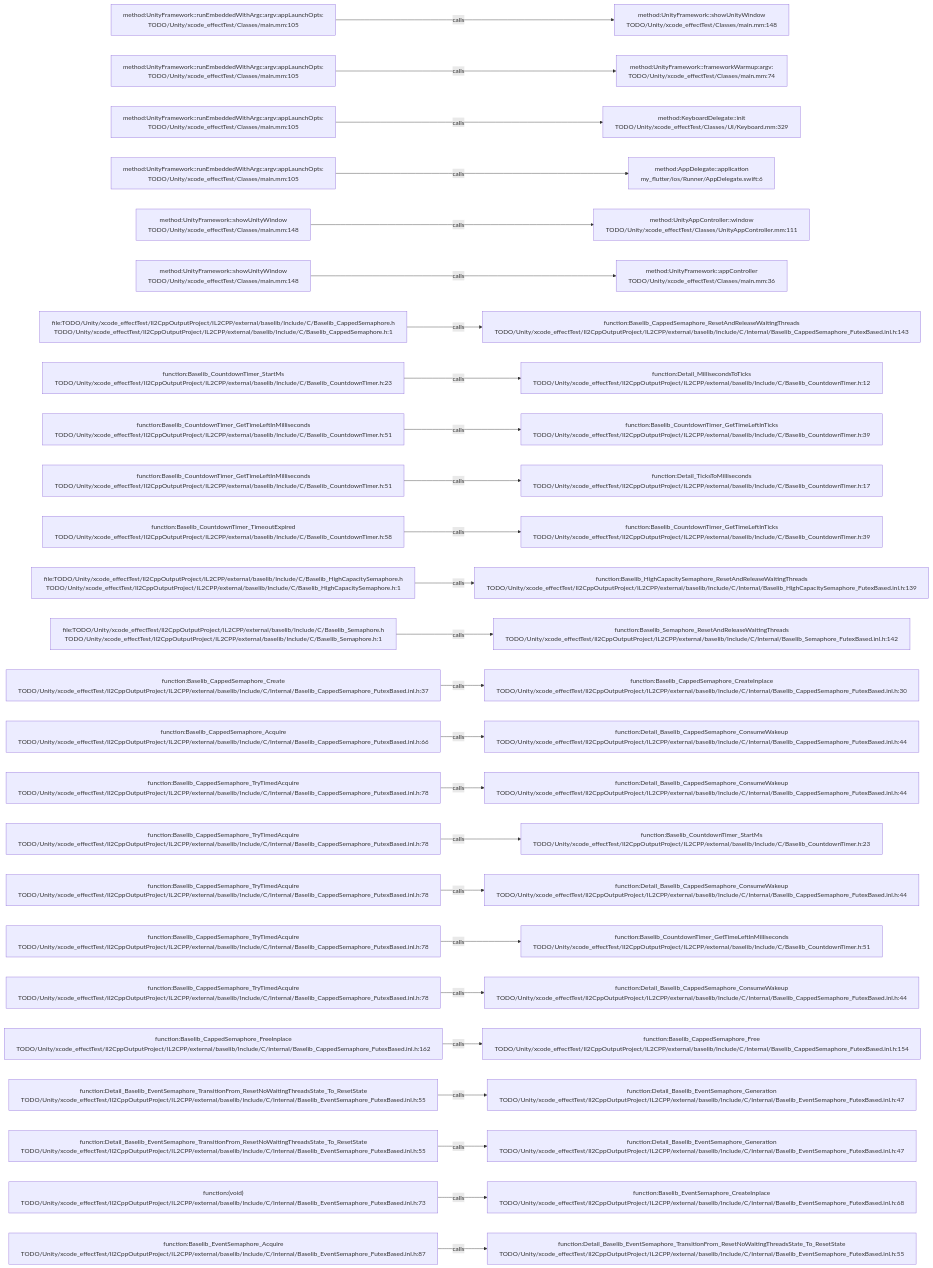
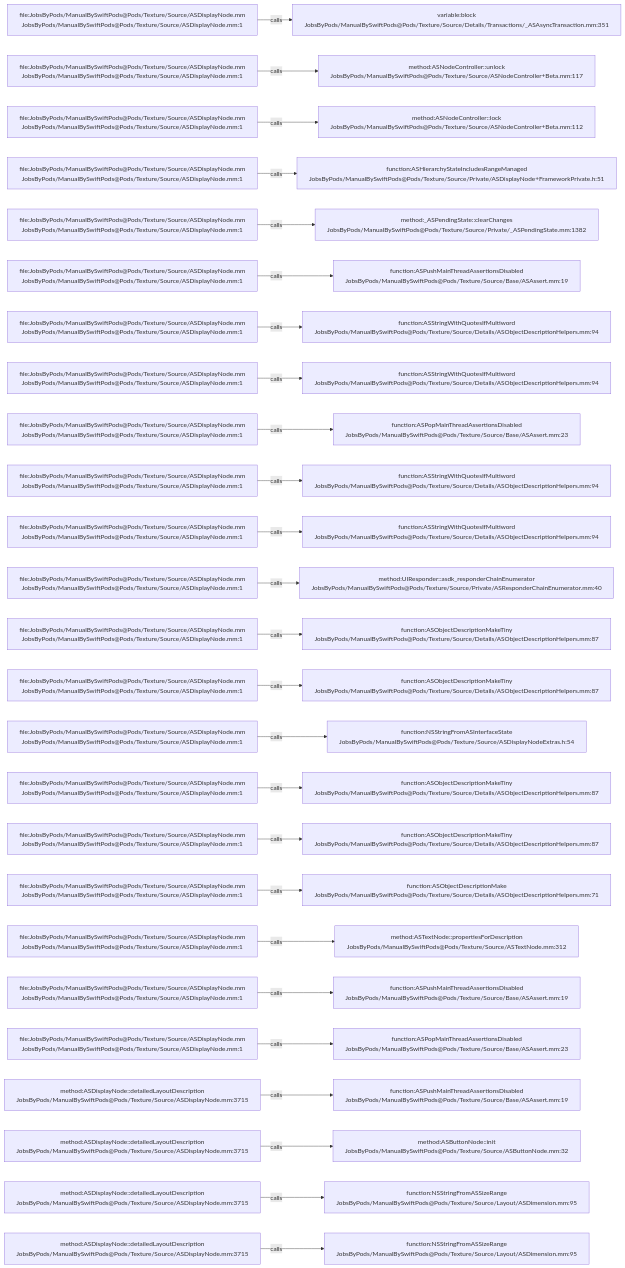
One commit to JobsKits/JobsSwiftBaseConfigDemo changed the diagram in .codegraph/codegraph.md/graphs/calls-055.md. Above: the diagram before and after it, drawn with Mermaid. The commit also changed 2959 other files, not shown here.

````diff
--- a/.codegraph/codegraph.md/graphs/calls-055.md
+++ b/.codegraph/codegraph.md/graphs/calls-055.md
@@ -13,78 +13,78 @@
 ```mermaid
 flowchart LR
-  S1["method:UnityFramework::runEmbeddedWithArgc:argv:appLaunchOpts:<br/>TODO/Unity/xcode_effectTest/Classes/main.mm:105"]
-  T1["method:UnityFramework::showUnityWindow<br/>TODO/Unity/xcode_effectTest/Classes/main.mm:148"]
+  S1["file:JobsByPods/ManualBySwiftPods@Pods/Texture/Source/ASDisplayNode.mm<br/>JobsByPods/ManualBySwiftPods@Pods/Texture/Source/ASDisplayNode.mm:1"]
+  T1["variable:block<br/>JobsByPods/ManualBySwiftPods@Pods/Texture/Source/Details/Transactions/_ASAsyncTransaction.mm:351"]
   S1 -->|calls| T1
-  S2["method:UnityFramework::runEmbeddedWithArgc:argv:appLaunchOpts:<br/>TODO/Unity/xcode_effectTest/Classes/main.mm:105"]
-  T2["method:UnityFramework::frameworkWarmup:argv:<br/>TODO/Unity/xcode_effectTest/Classes/main.mm:74"]
+  S2["file:JobsByPods/ManualBySwiftPods@Pods/Texture/Source/ASDisplayNode.mm<br/>JobsByPods/ManualBySwiftPods@Pods/Texture/Source/ASDisplayNode.mm:1"]
+  T2["method:ASNodeController::unlock<br/>JobsByPods/ManualBySwiftPods@Pods/Texture/Source/ASNodeController+Beta.mm:117"]
   S2 -->|calls| T2
-  S3["method:UnityFramework::runEmbeddedWithArgc:argv:appLaunchOpts:<br/>TODO/Unity/xcode_effectTest/Classes/main.mm:105"]
-  T3["method:KeyboardDelegate::init<br/>TODO/Unity/xcode_effectTest/Classes/UI/Keyboard.mm:329"]
+  S3["file:JobsByPods/ManualBySwiftPods@Pods/Texture/Source/ASDisplayNode.mm<br/>JobsByPods/ManualBySwiftPods@Pods/Texture/Source/ASDisplayNode.mm:1"]
+  T3["method:ASNodeController::lock<br/>JobsByPods/ManualBySwiftPods@Pods/Texture/Source/ASNodeController+Beta.mm:112"]
   S3 -->|calls| T3
-  S4["method:UnityFramework::runEmbeddedWithArgc:argv:appLaunchOpts:<br/>TODO/Unity/xcode_effectTest/Classes/main.mm:105"]
-  T4["method:AppDelegate::application<br/>my_flutter/ios/Runner/AppDelegate.swift:6"]
+  S4["file:JobsByPods/ManualBySwiftPods@Pods/Texture/Source/ASDisplayNode.mm<br/>JobsByPods/ManualBySwiftPods@Pods/Texture/Source/ASDisplayNode.mm:1"]
+  T4["function:ASHierarchyStateIncludesRangeManaged<br/>JobsByPods/ManualBySwiftPods@Pods/Texture/Source/Private/ASDisplayNode+FrameworkPrivate.h:51"]
   S4 -->|calls| T4
-  S5["method:UnityFramework::showUnityWindow<br/>TODO/Unity/xcode_effectTest/Classes/main.mm:148"]
-  T5["method:UnityAppController::window<br/>TODO/Unity/xcode_effectTest/Classes/UnityAppController.mm:111"]
+  S5["file:JobsByPods/ManualBySwiftPods@Pods/Texture/Source/ASDisplayNode.mm<br/>JobsByPods/ManualBySwiftPods@Pods/Texture/Source/ASDisplayNode.mm:1"]
+  T5["method:_ASPendingState::clearChanges<br/>JobsByPods/ManualBySwiftPods@Pods/Texture/Source/Private/_ASPendingState.mm:1382"]
   S5 -->|calls| T5
-  S6["method:UnityFramework::showUnityWindow<br/>TODO/Unity/xcode_effectTest/Classes/main.mm:148"]
-  T6["method:UnityFramework::appController<br/>TODO/Unity/xcode_effectTest/Classes/main.mm:36"]
+  S6["file:JobsByPods/ManualBySwiftPods@Pods/Texture/Source/ASDisplayNode.mm<br/>JobsByPods/ManualBySwiftPods@Pods/Texture/Source/ASDisplayNode.mm:1"]
+  T6["function:ASPushMainThreadAssertionsDisabled<br/>JobsByPods/ManualBySwiftPods@Pods/Texture/Source/Base/ASAssert.mm:19"]
   S6 -->|calls| T6
-  S7["file:TODO/Unity/xcode_effectTest/Il2CppOutputProject/IL2CPP/external/baselib/Include/C/Baselib_CappedSemaphore.h<br/>TODO/Unity/xcode_effectTest/Il2CppOutputProject/IL2CPP/external/baselib/Include/C/Baselib_CappedSemaphore.h:1"]
-  T7["function:Baselib_CappedSemaphore_ResetAndReleaseWaitingThreads<br/>TODO/Unity/xcode_effectTest/Il2CppOutputProject/IL2CPP/external/baselib/Include/C/Internal/Baselib_CappedSemaphore_FutexBased.inl.h:143"]
+  S7["file:JobsByPods/ManualBySwiftPods@Pods/Texture/Source/ASDisplayNode.mm<br/>JobsByPods/ManualBySwiftPods@Pods/Texture/Source/ASDisplayNode.mm:1"]
+  T7["function:ASStringWithQuotesIfMultiword<br/>JobsByPods/ManualBySwiftPods@Pods/Texture/Source/Details/ASObjectDescriptionHelpers.mm:94"]
   S7 -->|calls| T7
-  S8["function:Baselib_CountdownTimer_StartMs<br/>TODO/Unity/xcode_effectTest/Il2CppOutputProject/IL2CPP/external/baselib/Include/C/Baselib_CountdownTimer.h:23"]
-  T8["function:Detail_MillisecondsToTicks<br/>TODO/Unity/xcode_effectTest/Il2CppOutputProject/IL2CPP/external/baselib/Include/C/Baselib_CountdownTimer.h:12"]
+  S8["file:JobsByPods/ManualBySwiftPods@Pods/Texture/Source/ASDisplayNode.mm<br/>JobsByPods/ManualBySwiftPods@Pods/Texture/Source/ASDisplayNode.mm:1"]
+  T8["function:ASStringWithQuotesIfMultiword<br/>JobsByPods/ManualBySwiftPods@Pods/Texture/Source/Details/ASObjectDescriptionHelpers.mm:94"]
   S8 -->|calls| T8
-  S9["function:Baselib_CountdownTimer_GetTimeLeftInMilliseconds<br/>TODO/Unity/xcode_effectTest/Il2CppOutputProject/IL2CPP/external/baselib/Include/C/Baselib_CountdownTimer.h:51"]
-  T9["function:Baselib_CountdownTimer_GetTimeLeftInTicks<br/>TODO/Unity/xcode_effectTest/Il2CppOutputProject/IL2CPP/external/baselib/Include/C/Baselib_CountdownTimer.h:39"]
+  S9["file:JobsByPods/ManualBySwiftPods@Pods/Texture/Source/ASDisplayNode.mm<br/>JobsByPods/ManualBySwiftPods@Pods/Texture/Source/ASDisplayNode.mm:1"]
+  T9["function:ASPopMainThreadAssertionsDisabled<br/>JobsByPods/ManualBySwiftPods@Pods/Texture/Source/Base/ASAssert.mm:23"]
   S9 -->|calls| T9
-  S10["function:Baselib_CountdownTimer_GetTimeLeftInMilliseconds<br/>TODO/Unity/xcode_effectTest/Il2CppOutputProject/IL2CPP/external/baselib/Include/C/Baselib_CountdownTimer.h:51"]
-  T10["function:Detail_TicksToMilliseconds<br/>TODO/Unity/xcode_effectTest/Il2CppOutputProject/IL2CPP/external/baselib/Include/C/Baselib_CountdownTimer.h:17"]
+  S10["file:JobsByPods/ManualBySwiftPods@Pods/Texture/Source/ASDisplayNode.mm<br/>JobsByPods/ManualBySwiftPods@Pods/Texture/Source/ASDisplayNode.mm:1"]
+  T10["function:ASStringWithQuotesIfMultiword<br/>JobsByPods/ManualBySwiftPods@Pods/Texture/Source/Details/ASObjectDescriptionHelpers.mm:94"]
   S10 -->|calls| T10
-  S11["function:Baselib_CountdownTimer_TimeoutExpired<br/>TODO/Unity/xcode_effectTest/Il2CppOutputProject/IL2CPP/external/baselib/Include/C/Baselib_CountdownTimer.h:58"]
-  T11["function:Baselib_CountdownTimer_GetTimeLeftInTicks<br/>TODO/Unity/xcode_effectTest/Il2CppOutputProject/IL2CPP/external/baselib/Include/C/Baselib_CountdownTimer.h:39"]
+  S11["file:JobsByPods/ManualBySwiftPods@Pods/Texture/Source/ASDisplayNode.mm<br/>JobsByPods/ManualBySwiftPods@Pods/Texture/Source/ASDisplayNode.mm:1"]
+  T11["function:ASStringWithQuotesIfMultiword<br/>JobsByPods/ManualBySwiftPods@Pods/Texture/Source/Details/ASObjectDescriptionHelpers.mm:94"]
   S11 -->|calls| T11
-  S12["file:TODO/Unity/xcode_effectTest/Il2CppOutputProject/IL2CPP/external/baselib/Include/C/Baselib_HighCapacitySemaphore.h<br/>TODO/Unity/xcode_effectTest/Il2CppOutputProject/IL2CPP/external/baselib/Include/C/Baselib_HighCapacitySemaphore.h:1"]
-  T12["function:Baselib_HighCapacitySemaphore_ResetAndReleaseWaitingThreads<br/>TODO/Unity/xcode_effectTest/Il2CppOutputProject/IL2CPP/external/baselib/Include/C/Internal/Baselib_HighCapacitySemaphore_FutexBased.inl.h:139"]
+  S12["file:JobsByPods/ManualBySwiftPods@Pods/Texture/Source/ASDisplayNode.mm<br/>JobsByPods/ManualBySwiftPods@Pods/Texture/Source/ASDisplayNode.mm:1"]
+  T12["method:UIResponder::asdk_responderChainEnumerator<br/>JobsByPods/ManualBySwiftPods@Pods/Texture/Source/Private/ASResponderChainEnumerator.mm:40"]
   S12 -->|calls| T12
-  S13["file:TODO/Unity/xcode_effectTest/Il2CppOutputProject/IL2CPP/external/baselib/Include/C/Baselib_Semaphore.h<br/>TODO/Unity/xcode_effectTest/Il2CppOutputProject/IL2CPP/external/baselib/Include/C/Baselib_Semaphore.h:1"]
-  T13["function:Baselib_Semaphore_ResetAndReleaseWaitingThreads<br/>TODO/Unity/xcode_effectTest/Il2CppOutputProject/IL2CPP/external/baselib/Include/C/Internal/Baselib_Semaphore_FutexBased.inl.h:142"]
+  S13["file:JobsByPods/ManualBySwiftPods@Pods/Texture/Source/ASDisplayNode.mm<br/>JobsByPods/ManualBySwiftPods@Pods/Texture/Source/ASDisplayNode.mm:1"]
+  T13["function:ASObjectDescriptionMakeTiny<br/>JobsByPods/ManualBySwiftPods@Pods/Texture/Source/Details/ASObjectDescriptionHelpers.mm:87"]
   S13 -->|calls| T13
-  S14["function:Baselib_CappedSemaphore_Create<br/>TODO/Unity/xcode_effectTest/Il2CppOutputProject/IL2CPP/external/baselib/Include/C/Internal/Baselib_CappedSemaphore_FutexBased.inl.h:37"]
-  T14["function:Baselib_CappedSemaphore_CreateInplace<br/>TODO/Unity/xcode_effectTest/Il2CppOutputProject/IL2CPP/external/baselib/Include/C/Internal/Baselib_CappedSemaphore_FutexBased.inl.h:30"]
+  S14["file:JobsByPods/ManualBySwiftPods@Pods/Texture/Source/ASDisplayNode.mm<br/>JobsByPods/ManualBySwiftPods@Pods/Texture/Source/ASDisplayNode.mm:1"]
+  T14["function:ASObjectDescriptionMakeTiny<br/>JobsByPods/ManualBySwiftPods@Pods/Texture/Source/Details/ASObjectDescriptionHelpers.mm:87"]
   S14 -->|calls| T14
-  S15["function:Baselib_CappedSemaphore_Acquire<br/>TODO/Unity/xcode_effectTest/Il2CppOutputProject/IL2CPP/external/baselib/Include/C/Internal/Baselib_CappedSemaphore_FutexBased.inl.h:66"]
-  T15["function:Detail_Baselib_CappedSemaphore_ConsumeWakeup<br/>TODO/Unity/xcode_effectTest/Il2CppOutputProject/IL2CPP/external/baselib/Include/C/Internal/Baselib_CappedSemaphore_FutexBased.inl.h:44"]
+  S15["file:JobsByPods/ManualBySwiftPods@Pods/Texture/Source/ASDisplayNode.mm<br/>JobsByPods/ManualBySwiftPods@Pods/Texture/Source/ASDisplayNode.mm:1"]
+  T15["function:NSStringFromASInterfaceState<br/>JobsByPods/ManualBySwiftPods@Pods/Texture/Source/ASDisplayNodeExtras.h:54"]
   S15 -->|calls| T15
-  S16["function:Baselib_CappedSemaphore_TryTimedAcquire<br/>TODO/Unity/xcode_effectTest/Il2CppOutputProject/IL2CPP/external/baselib/Include/C/Internal/Baselib_CappedSemaphore_FutexBased.inl.h:78"]
-  T16["function:Detail_Baselib_CappedSemaphore_ConsumeWakeup<br/>TODO/Unity/xcode_effectTest/Il2CppOutputProject/IL2CPP/external/baselib/Include/C/Internal/Baselib_CappedSemaphore_FutexBased.inl.h:44"]
+  S16["file:JobsByPods/ManualBySwiftPods@Pods/Texture/Source/ASDisplayNode.mm<br/>JobsByPods/ManualBySwiftPods@Pods/Texture/Source/ASDisplayNode.mm:1"]
+  T16["function:ASObjectDescriptionMakeTiny<br/>JobsByPods/ManualBySwiftPods@Pods/Texture/Source/Details/ASObjectDescriptionHelpers.mm:87"]
   S16 -->|calls| T16
-  S17["function:Baselib_CappedSemaphore_TryTimedAcquire<br/>TODO/Unity/xcode_effectTest/Il2CppOutputProject/IL2CPP/external/baselib/Include/C/Internal/Baselib_CappedSemaphore_FutexBased.inl.h:78"]
-  T17["function:Baselib_CountdownTimer_StartMs<br/>TODO/Unity/xcode_effectTest/Il2CppOutputProject/IL2CPP/external/baselib/Include/C/Baselib_CountdownTimer.h:23"]
+  S17["file:JobsByPods/ManualBySwiftPods@Pods/Texture/Source/ASDisplayNode.mm<br/>JobsByPods/ManualBySwiftPods@Pods/Texture/Source/ASDisplayNode.mm:1"]
+  T17["function:ASObjectDescriptionMakeTiny<br/>JobsByPods/ManualBySwiftPods@Pods/Texture/Source/Details/ASObjectDescriptionHelpers.mm:87"]
   S17 -->|calls| T17
-  S18["function:Baselib_CappedSemaphore_TryTimedAcquire<br/>TODO/Unity/xcode_effectTest/Il2CppOutputProject/IL2CPP/external/baselib/Include/C/Internal/Baselib_CappedSemaphore_FutexBased.inl.h:78"]
-  T18["function:Detail_Baselib_CappedSemaphore_ConsumeWakeup<br/>TODO/Unity/xcode_effectTest/Il2CppOutputProject/IL2CPP/external/baselib/Include/C/Internal/Baselib_CappedSemaphore_FutexBased.inl.h:44"]
+  S18["file:JobsByPods/ManualBySwiftPods@Pods/Texture/Source/ASDisplayNode.mm<br/>JobsByPods/ManualBySwiftPods@Pods/Texture/Source/ASDisplayNode.mm:1"]
+  T18["function:ASObjectDescriptionMake<br/>JobsByPods/ManualBySwiftPods@Pods/Texture/Source/Details/ASObjectDescriptionHelpers.mm:71"]
   S18 -->|calls| T18
-  S19["function:Baselib_CappedSemaphore_TryTimedAcquire<br/>TODO/Unity/xcode_effectTest/Il2CppOutputProject/IL2CPP/external/baselib/Include/C/Internal/Baselib_CappedSemaphore_FutexBased.inl.h:78"]
-  T19["function:Baselib_CountdownTimer_GetTimeLeftInMilliseconds<br/>TODO/Unity/xcode_effectTest/Il2CppOutputProject/IL2CPP/external/baselib/Include/C/Baselib_CountdownTimer.h:51"]
+  S19["file:JobsByPods/ManualBySwiftPods@Pods/Texture/Source/ASDisplayNode.mm<br/>JobsByPods/ManualBySwiftPods@Pods/Texture/Source/ASDisplayNode.mm:1"]
+  T19["method:ASTextNode::propertiesForDescription<br/>JobsByPods/ManualBySwiftPods@Pods/Texture/Source/ASTextNode.mm:312"]
   S19 -->|calls| T19
-  S20["function:Baselib_CappedSemaphore_TryTimedAcquire<br/>TODO/Unity/xcode_effectTest/Il2CppOutputProject/IL2CPP/external/baselib/Include/C/Internal/Baselib_CappedSemaphore_FutexBased.inl.h:78"]
-  T20["function:Detail_Baselib_CappedSemaphore_ConsumeWakeup<br/>TODO/Unity/xcode_effectTest/Il2CppOutputProject/IL2CPP/external/baselib/Include/C/Internal/Baselib_CappedSemaphore_FutexBased.inl.h:44"]
+  S20["file:JobsByPods/ManualBySwiftPods@Pods/Texture/Source/ASDisplayNode.mm<br/>JobsByPods/ManualBySwiftPods@Pods/Texture/Source/ASDisplayNode.mm:1"]
+  T20["function:ASPushMainThreadAssertionsDisabled<br/>JobsByPods/ManualBySwiftPods@Pods/Texture/Source/Base/ASAssert.mm:19"]
   S20 -->|calls| T20
-  S21["function:Baselib_CappedSemaphore_FreeInplace<br/>TODO/Unity/xcode_effectTest/Il2CppOutputProject/IL2CPP/external/baselib/Include/C/Internal/Baselib_CappedSemaphore_FutexBased.inl.h:162"]
-  T21["function:Baselib_CappedSemaphore_Free<br/>TODO/Unity/xcode_effectTest/Il2CppOutputProject/IL2CPP/external/baselib/Include/C/Internal/Baselib_CappedSemaphore_FutexBased.inl.h:154"]
+  S21["file:JobsByPods/ManualBySwiftPods@Pods/Texture/Source/ASDisplayNode.mm<br/>JobsByPods/ManualBySwiftPods@Pods/Texture/Source/ASDisplayNode.mm:1"]
+  T21["function:ASPopMainThreadAssertionsDisabled<br/>JobsByPods/ManualBySwiftPods@Pods/Texture/Source/Base/ASAssert.mm:23"]
   S21 -->|calls| T21
-  S22["function:Detail_Baselib_EventSemaphore_TransitionFrom_ResetNoWaitingThreadsState_To_ResetState<br/>TODO/Unity/xcode_effectTest/Il2CppOutputProject/IL2CPP/external/baselib/Include/C/Internal/Baselib_EventSemaphore_FutexBased.inl.h:55"]
-  T22["function:Detail_Baselib_EventSemaphore_Generation<br/>TODO/Unity/xcode_effectTest/Il2CppOutputProject/IL2CPP/external/baselib/Include/C/Internal/Baselib_EventSemaphore_FutexBased.inl.h:47"]
+  S22["method:ASDisplayNode::detailedLayoutDescription<br/>JobsByPods/ManualBySwiftPods@Pods/Texture/Source/ASDisplayNode.mm:3715"]
+  T22["function:ASPushMainThreadAssertionsDisabled<br/>JobsByPods/ManualBySwiftPods@Pods/Texture/Source/Base/ASAssert.mm:19"]
   S22 -->|calls| T22
-  S23["function:Detail_Baselib_EventSemaphore_TransitionFrom_ResetNoWaitingThreadsState_To_ResetState<br/>TODO/Unity/xcode_effectTest/Il2CppOutputProject/IL2CPP/external/baselib/Include/C/Internal/Baselib_EventSemaphore_FutexBased.inl.h:55"]
-  T23["function:Detail_Baselib_EventSemaphore_Generation<br/>TODO/Unity/xcode_effectTest/Il2CppOutputProject/IL2CPP/external/baselib/Include/C/Internal/Baselib_EventSemaphore_FutexBased.inl.h:47"]
+  S23["method:ASDisplayNode::detailedLayoutDescription<br/>JobsByPods/ManualBySwiftPods@Pods/Texture/Source/ASDisplayNode.mm:3715"]
+  T23["method:ASButtonNode::init<br/>JobsByPods/ManualBySwiftPods@Pods/Texture/Source/ASButtonNode.mm:32"]
   S23 -->|calls| T23
-  S24["function:(void)<br/>TODO/Unity/xcode_effectTest/Il2CppOutputProject/IL2CPP/external/baselib/Include/C/Internal/Baselib_EventSemaphore_FutexBased.inl.h:73"]
-  T24["function:Baselib_EventSemaphore_CreateInplace<br/>TODO/Unity/xcode_effectTest/Il2CppOutputProject/IL2CPP/external/baselib/Include/C/Internal/Baselib_EventSemaphore_FutexBased.inl.h:68"]
+  S24["method:ASDisplayNode::detailedLayoutDescription<br/>JobsByPods/ManualBySwiftPods@Pods/Texture/Source/ASDisplayNode.mm:3715"]
+  T24["function:NSStringFromASSizeRange<br/>JobsByPods/ManualBySwiftPods@Pods/Texture/Source/Layout/ASDimension.mm:95"]
   S24 -->|calls| T24
-  S25["function:Baselib_EventSemaphore_Acquire<br/>TODO/Unity/xcode_effectTest/Il2CppOutputProject/IL2CPP/external/baselib/Include/C/Internal/Baselib_EventSemaphore_FutexBased.inl.h:87"]
-  T25["function:Detail_Baselib_EventSemaphore_TransitionFrom_ResetNoWaitingThreadsState_To_ResetState<br/>TODO/Unity/xcode_effectTest/Il2CppOutputProject/IL2CPP/external/baselib/Include/C/Internal/Baselib_EventSemaphore_FutexBased.inl.h:55"]
+  S25["method:ASDisplayNode::detailedLayoutDescription<br/>JobsByPods/ManualBySwiftPods@Pods/Texture/Source/ASDisplayNode.mm:3715"]
+  T25["function:NSStringFromASSizeRange<br/>JobsByPods/ManualBySwiftPods@Pods/Texture/Source/Layout/ASDimension.mm:95"]
   S25 -->|calls| T25
 ```
````
